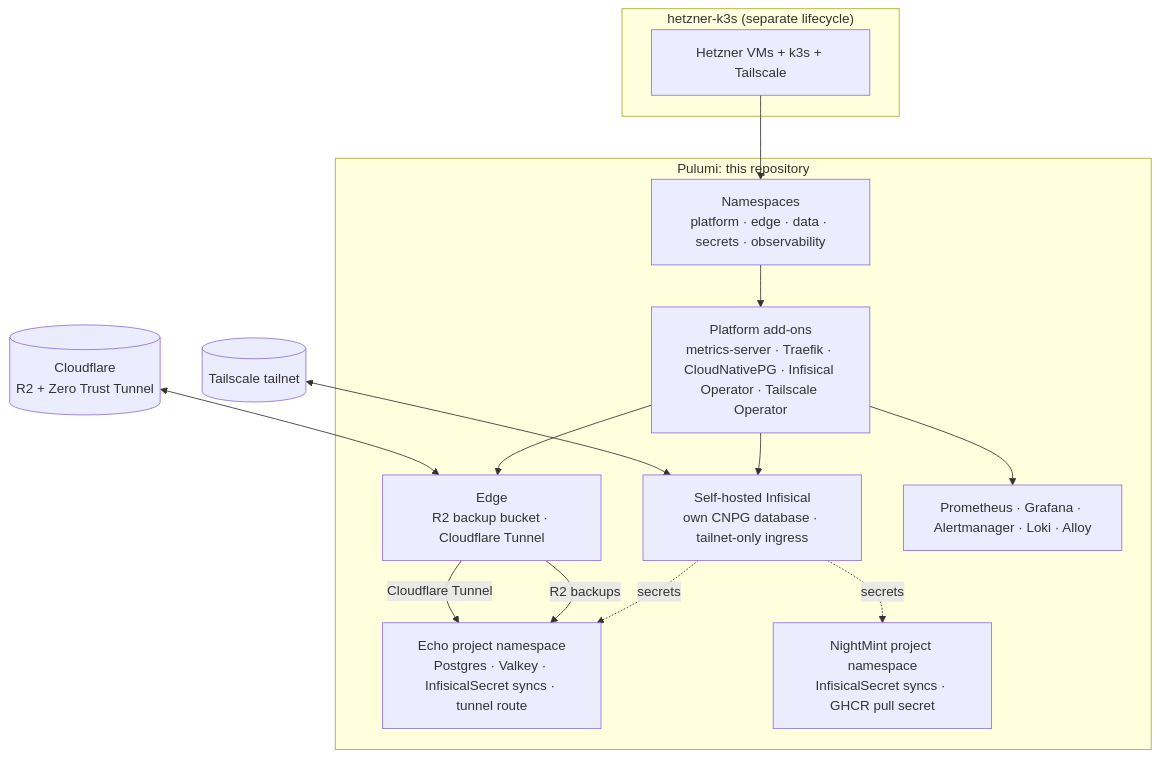
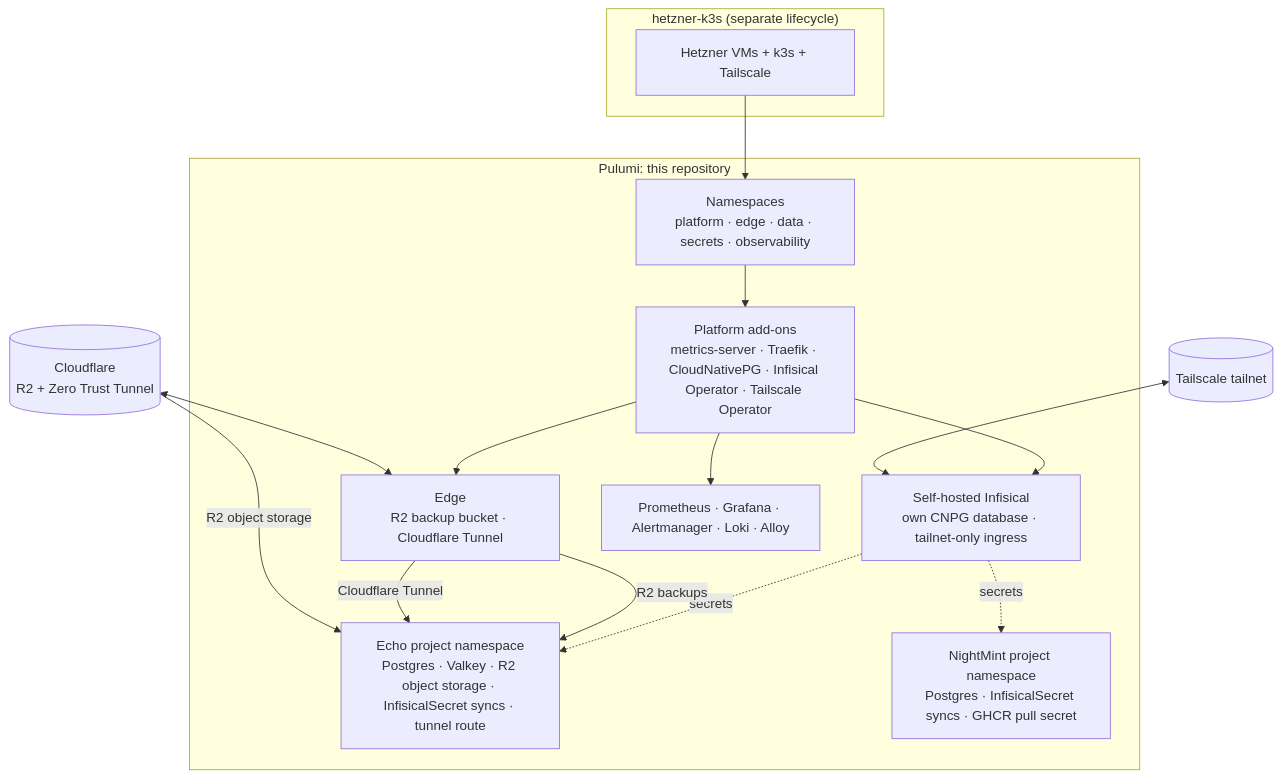
The diagram in docs/architecture.md (marcioecom/orbit), drawn with Mermaid before and after one commit. The commit also changed other lines of this file and 20 other files, not shown here.

````diff
--- a/docs/architecture.md
+++ b/docs/architecture.md
@@ -7,29 +7,30 @@
 ```mermaid
 flowchart TB
     subgraph Bootstrap["hetzner-k3s (separate lifecycle)"]
         VMs[Hetzner VMs + k3s + Tailscale]
     end
 
     subgraph Orbit["Pulumi: this repository"]
         NS[Namespaces<br/>platform · edge · data · secrets · observability]
         Platform[Platform add-ons<br/>metrics-server · Traefik · CloudNativePG · Infisical Operator · Tailscale Operator]
         Edge[Edge<br/>R2 backup bucket · Cloudflare Tunnel]
         Infisical[Self-hosted Infisical<br/>own CNPG database · tailnet-only ingress]
         Observability[Prometheus · Grafana · Alertmanager · Loki · Alloy]
-        EchoProject[Echo project namespace<br/>Postgres · Valkey · InfisicalSecret syncs · tunnel route]
-        NightmintProject[NightMint project namespace<br/>InfisicalSecret syncs · GHCR pull secret]
+        EchoProject[Echo project namespace<br/>Postgres · Valkey · R2 object storage · InfisicalSecret syncs · tunnel route]
+        NightmintProject[NightMint project namespace<br/>Postgres · InfisicalSecret syncs · GHCR pull secret]
     end
 
     VMs --> NS
     NS --> Platform
     Platform --> Edge
     Platform --> Infisical
     Infisical -.secrets.-> EchoProject
     Infisical -.secrets.-> NightmintProject
     Platform --> Observability
     Edge -->|R2 backups| EchoProject
     Edge -->|Cloudflare Tunnel| EchoProject
 
     Cloudflare[(Cloudflare<br/>R2 + Zero Trust Tunnel)] <--> Edge
+    Cloudflare -->|R2 object storage| EchoProject
     Tailscale[(Tailscale tailnet)] <--> Infisical
 ```
````
